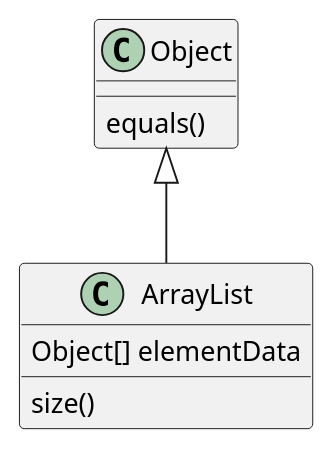
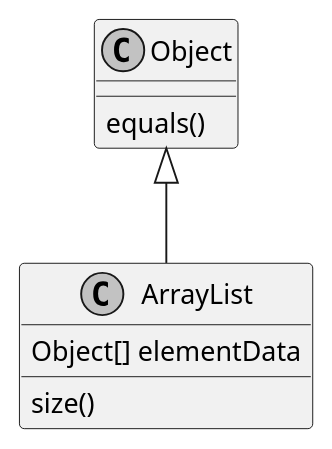
The diagram in PlantUML/class.puml (mateuszmidor/ArchStudy), drawn with PlantUML before and after one commit. The commit also changed 8 other files, not shown here.

Commit message:
Generated sequence.png and included in README.md

```diff
--- a/PlantUML/class.puml
+++ b/PlantUML/class.puml
@@ -1,8 +1,11 @@
-@startuml Class example
+@startuml class
+
+skinparam monochrome true
+
 Object <|-- ArrayList
 
 Object : equals()
 ArrayList : Object[] elementData
 ArrayList : size()
 
 @enduml
```
